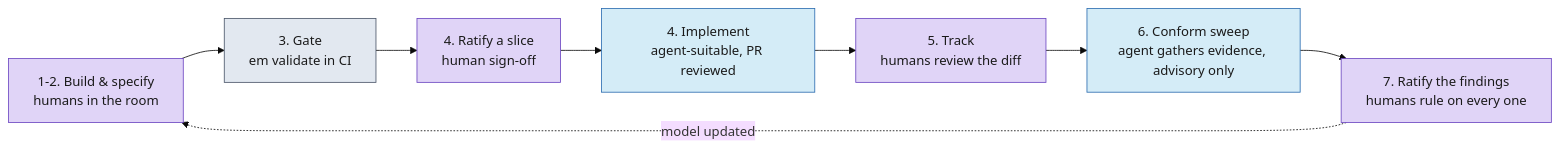
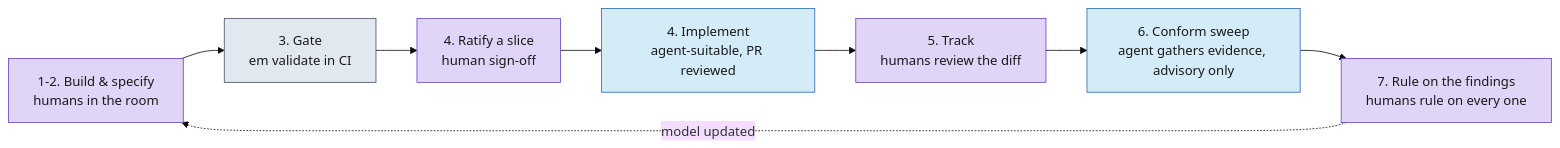
Before and after one commit to milehimikey/em: the diagram in docs/process.md, drawn with Mermaid (base theme). The commit also changed other lines of this file and 3 other files, not shown here.

First line of the commit message:
MIL-204: docs — show both human gates; "ratify" means the design-exit sign-off only (#147)

````diff
--- a/docs/process.md
+++ b/docs/process.md
@@ -130,14 +131,14 @@
 ```mermaid
 flowchart LR
     classDef human fill:#e0d4f7,stroke:#6b46c1,color:#1a1a1a
     classDef agent fill:#d4ecf7,stroke:#2b6cb0,color:#1a1a1a
     classDef mech fill:#e2e8f0,stroke:#4a5568,color:#1a1a1a
 
     S12["1-2. Build & specify<br/>humans in the room"]:::human --> S3["3. Gate<br/>em validate in CI"]:::mech
     S3 --> S4a["4. Ratify a slice<br/>human sign-off"]:::human
     S4a --> S4b["4. Implement<br/>agent-suitable, PR reviewed"]:::agent
     S4b --> S5["5. Track<br/>humans review the diff"]:::human
     S5 --> S6["6. Conform sweep<br/>agent gathers evidence, advisory only"]:::agent
-    S6 --> S7["7. Ratify the findings<br/>humans rule on every one"]:::human
+    S6 --> S7["7. Rule on the findings<br/>humans rule on every one"]:::human
     S7 -.->|"model updated"| S12
 ```
````
